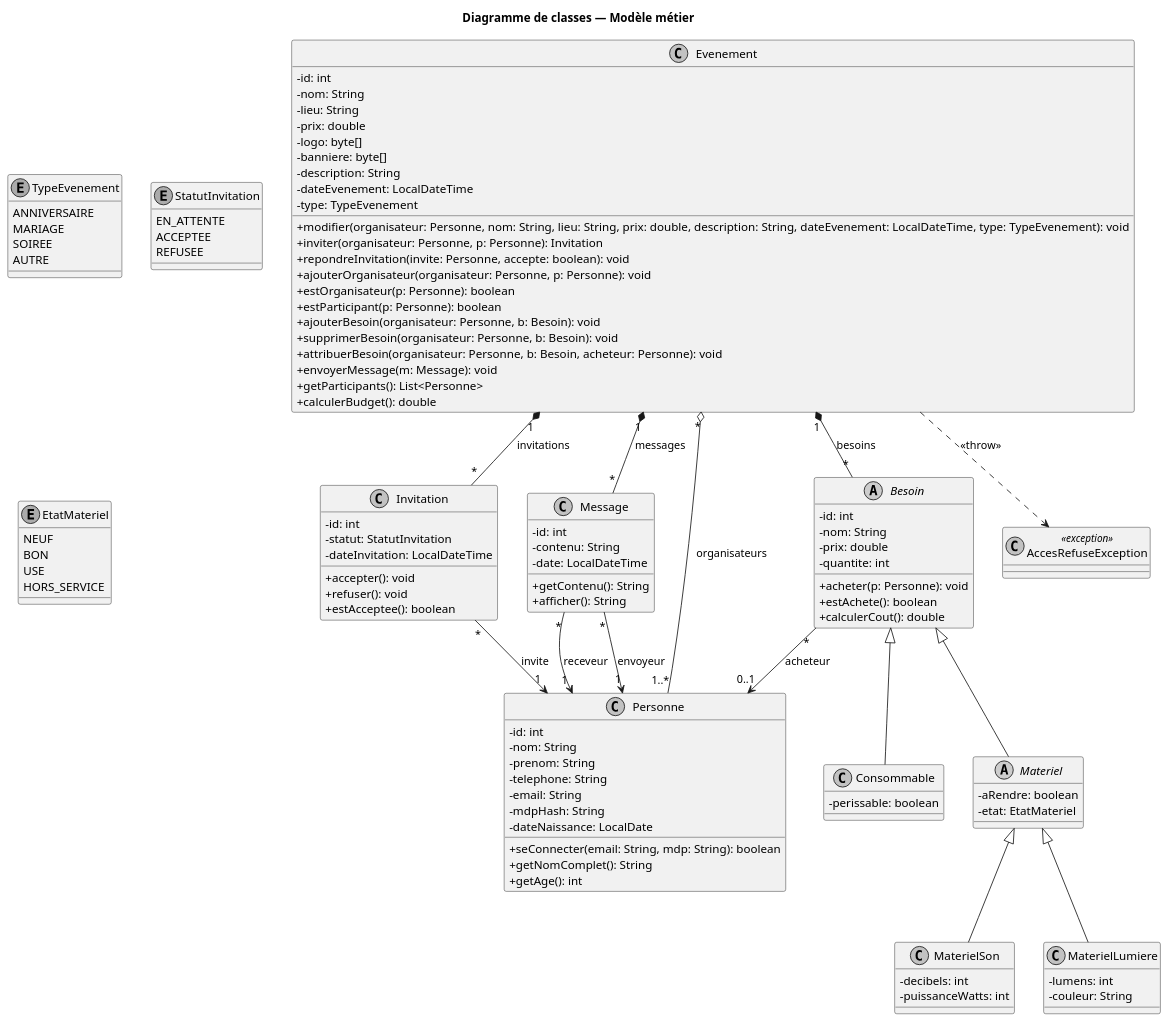
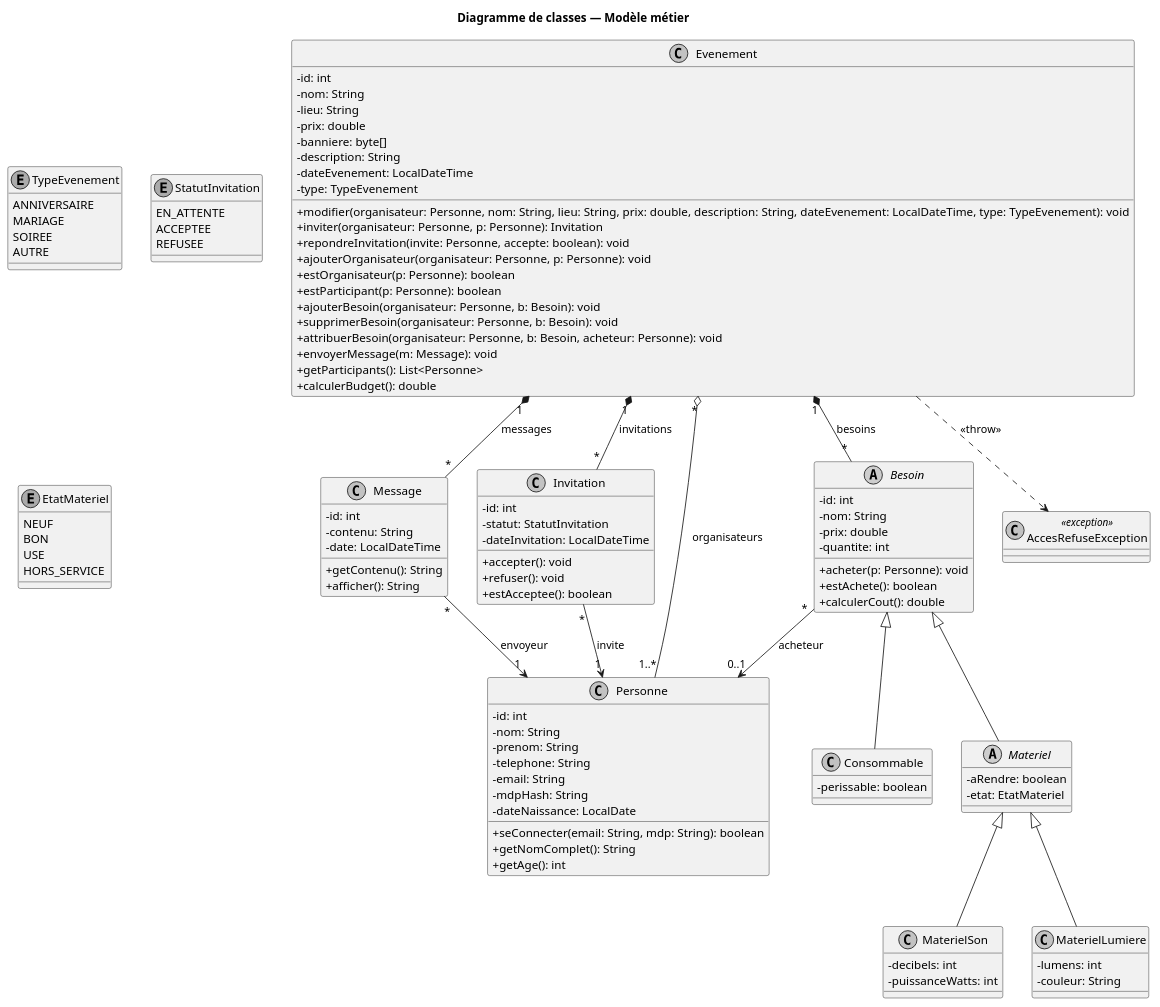
One commit to Tactiis239/gestion-event changed the diagram in doc/uml/classes.puml. Above: the diagram before and after it, drawn with PlantUML. The commit also changed 1 other file, not shown here.

Commit message:
fix(#7): correction du diagramme de classe

```diff
--- a/doc/uml/classes.puml
+++ b/doc/uml/classes.puml
@@ -1,132 +1,130 @@
 @startuml classes
 skinparam shadowing false
 skinparam monochrome true
 skinparam defaultFontName Helvetica
 skinparam classAttributeIconSize 0
 
 title Diagramme de classes — Modèle métier
 
 class Evenement {
   -id: int
   -nom: String
   -lieu: String
   -prix: double
-  -logo: byte[]
   -banniere: byte[]
   -description: String
   -dateEvenement: LocalDateTime
   -type: TypeEvenement
   +modifier(organisateur: Personne, nom: String, lieu: String, prix: double, description: String, dateEvenement: LocalDateTime, type: TypeEvenement): void
   +inviter(organisateur: Personne, p: Personne): Invitation
   +repondreInvitation(invite: Personne, accepte: boolean): void
   +ajouterOrganisateur(organisateur: Personne, p: Personne): void
   +estOrganisateur(p: Personne): boolean
   +estParticipant(p: Personne): boolean
   +ajouterBesoin(organisateur: Personne, b: Besoin): void
   +supprimerBesoin(organisateur: Personne, b: Besoin): void
   +attribuerBesoin(organisateur: Personne, b: Besoin, acheteur: Personne): void
   +envoyerMessage(m: Message): void
   +getParticipants(): List<Personne>
   +calculerBudget(): double
 }
 
 enum TypeEvenement {
   ANNIVERSAIRE
   MARIAGE
   SOIREE
   AUTRE
 }
 
 class Message {
   -id: int
   -contenu: String
   -date: LocalDateTime
   +getContenu(): String
   +afficher(): String
 }
 
 class Invitation {
   -id: int
   -statut: StatutInvitation
   -dateInvitation: LocalDateTime
   +accepter(): void
   +refuser(): void
   +estAcceptee(): boolean
 }
 
 enum StatutInvitation {
   EN_ATTENTE
   ACCEPTEE
   REFUSEE
 }
 
 enum EtatMateriel {
   NEUF
   BON
   USE
   HORS_SERVICE
 }
 
 abstract class Besoin {
   -id: int
   -nom: String
   -prix: double
   -quantite: int
   +acheter(p: Personne): void
   +estAchete(): boolean
   +calculerCout(): double
 }
 
 class Consommable {
   -perissable: boolean
 }
 
 abstract class Materiel {
   -aRendre: boolean
   -etat: EtatMateriel
 }
 
 class MaterielSon {
   -decibels: int
   -puissanceWatts: int
 }
 
 class MaterielLumiere {
   -lumens: int
   -couleur: String
 }
 
 class Personne {
   -id: int
   -nom: String
   -prenom: String
   -telephone: String
   -email: String
   -mdpHash: String
   -dateNaissance: LocalDate
   +seConnecter(email: String, mdp: String): boolean
   +getNomComplet(): String
   +getAge(): int
 }
 
 class AccesRefuseException <<exception>> {
 }
 
 Evenement "*" o-- "1..*" Personne : organisateurs
 Evenement "1" *-- "*" Invitation : invitations
 Evenement "1" *-- "*" Besoin : besoins
 Evenement "1" *-- "*" Message : messages
 
 Message "*" --> "1" Personne : envoyeur
-Message "*" --> "1" Personne : receveur
 Invitation "*" --> "1" Personne : invite
 Besoin "*" --> "0..1" Personne : acheteur
 
 Besoin <|-- Consommable
 Besoin <|-- Materiel
 Materiel <|-- MaterielSon
 Materiel <|-- MaterielLumiere
 
 Evenement ..> AccesRefuseException : <<throw>>
 
 @enduml
```
